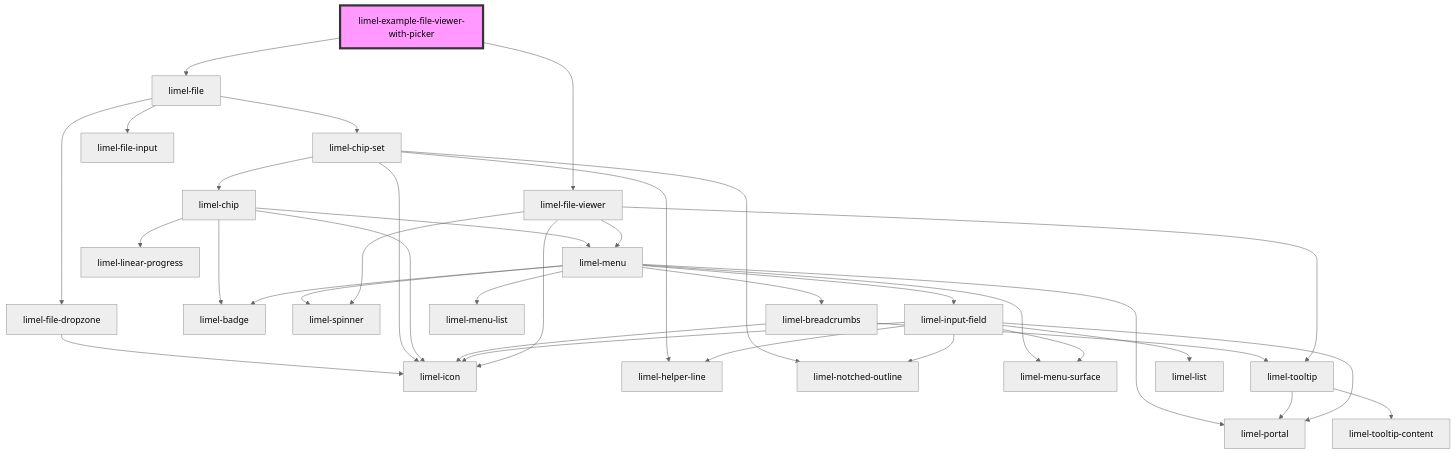
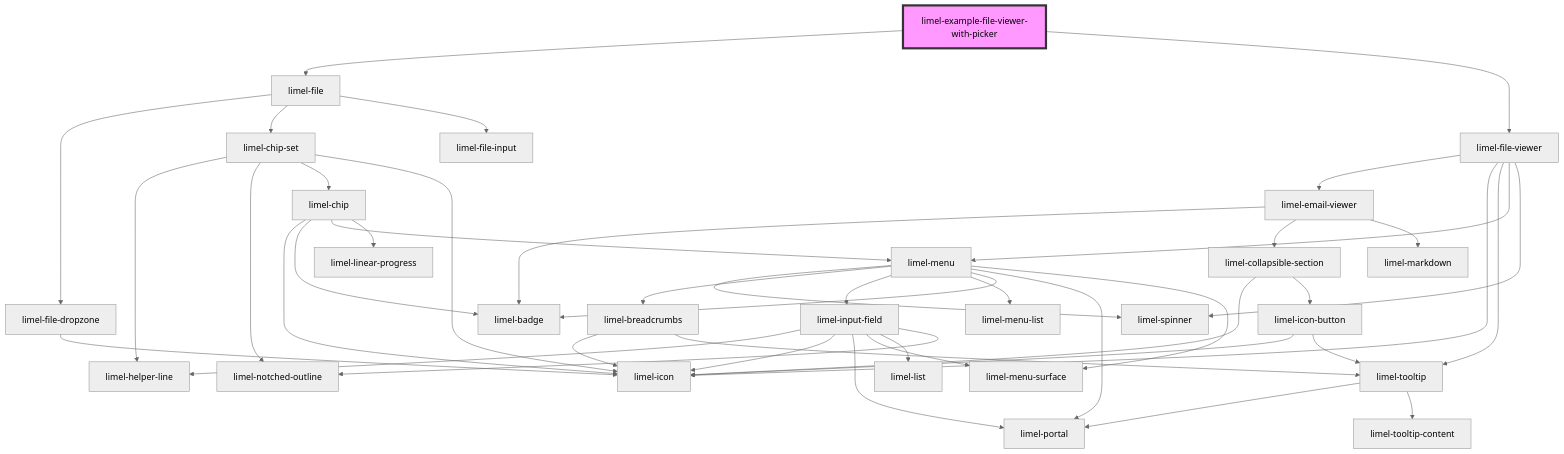
The diagram in versions/PR-3818/markdown-docs/components/file-viewer/examples/readme.md (Lundalogik/lime-elements), drawn with Mermaid (neutral theme) before and after one commit. The commit also changed other lines of this file and 1471 other files, not shown here.

````diff
--- a/versions/PR-3818/markdown-docs/components/file-viewer/examples/readme.md
+++ b/versions/PR-3818/markdown-docs/components/file-viewer/examples/readme.md
@@ -23,39 +20,47 @@
 ```mermaid
 graph TD;
   limel-example-file-viewer-with-picker --> limel-file
   limel-example-file-viewer-with-picker --> limel-file-viewer
   limel-file --> limel-file-dropzone
   limel-file --> limel-chip-set
   limel-file --> limel-file-input
   limel-file-dropzone --> limel-icon
   limel-chip-set --> limel-helper-line
   limel-chip-set --> limel-notched-outline
   limel-chip-set --> limel-chip
   limel-chip-set --> limel-icon
   limel-chip --> limel-icon
   limel-chip --> limel-badge
   limel-chip --> limel-menu
   limel-chip --> limel-linear-progress
   limel-menu --> limel-spinner
   limel-menu --> limel-breadcrumbs
   limel-menu --> limel-input-field
   limel-menu --> limel-menu-list
   limel-menu --> limel-badge
   limel-menu --> limel-portal
   limel-menu --> limel-menu-surface
   limel-breadcrumbs --> limel-icon
   limel-breadcrumbs --> limel-tooltip
   limel-tooltip --> limel-portal
   limel-tooltip --> limel-tooltip-content
   limel-input-field --> limel-helper-line
   limel-input-field --> limel-icon
   limel-input-field --> limel-portal
   limel-input-field --> limel-menu-surface
   limel-input-field --> limel-list
   limel-input-field --> limel-notched-outline
+  limel-file-viewer --> limel-email-viewer
   limel-file-viewer --> limel-icon
   limel-file-viewer --> limel-tooltip
   limel-file-viewer --> limel-menu
   limel-file-viewer --> limel-spinner
+  limel-email-viewer --> limel-badge
+  limel-email-viewer --> limel-collapsible-section
+  limel-email-viewer --> limel-markdown
+  limel-collapsible-section --> limel-icon
+  limel-collapsible-section --> limel-icon-button
+  limel-icon-button --> limel-icon
+  limel-icon-button --> limel-tooltip
   style limel-example-file-viewer-with-picker fill:#f9f,stroke:#333,stroke-width:4px
 ```
````
